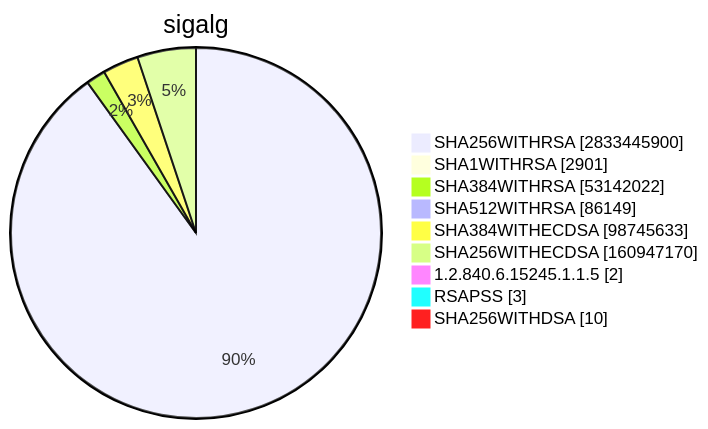
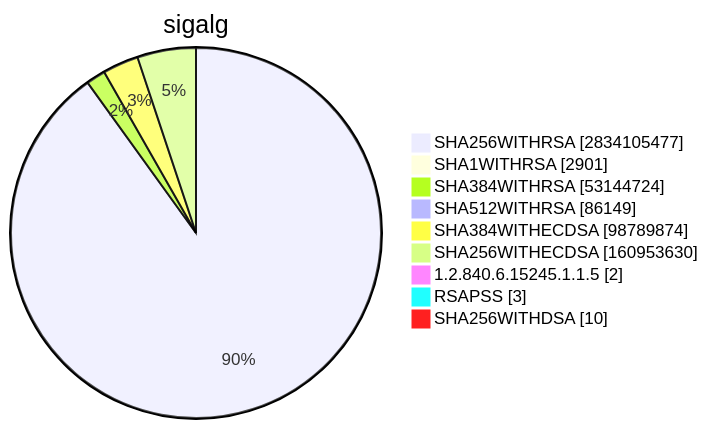
Diagram 15 of 15 in TOTAL/README.md (christiankrug/ctmonitor_visualization), drawn with Mermaid before and after one commit. The commit also changed other lines of this file, not shown here.

````diff
--- a/TOTAL/README.md
+++ b/TOTAL/README.md
@@ -6207,13 +6207,13 @@
 ```mermaid
 pie showData
 title sigalg
-"SHA256WITHRSA" :2833445900
+"SHA256WITHRSA" :2834105477
 "SHA1WITHRSA" :2901
-"SHA384WITHRSA" :53142022
+"SHA384WITHRSA" :53144724
 "SHA512WITHRSA" :86149
-"SHA384WITHECDSA" :98745633
-"SHA256WITHECDSA" :160947170
+"SHA384WITHECDSA" :98789874
+"SHA256WITHECDSA" :160953630
 "1.2.840.6.15245.1.1.5" :2
 "RSAPSS" :3
 "SHA256WITHDSA" :10
 ```
````
